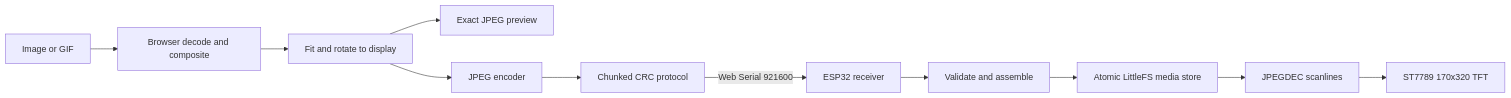
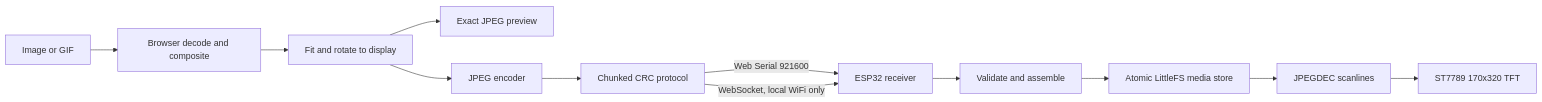
One commit to krooldonutz/cyberclip changed the diagram in ARCHITECTURE.md. Above: the diagram before and after it, drawn with Mermaid. The commit also changed other lines of this file and 15 other files, not shown here.

````diff
--- a/ARCHITECTURE.md
+++ b/ARCHITECTURE.md
@@ -12,13 +12,14 @@
 ```mermaid
 flowchart LR
     File[Image or GIF] --> Decode[Browser decode and composite]
     Decode --> Fit[Fit and rotate to display]
     Fit --> Preview[Exact JPEG preview]
     Fit --> JPEG[JPEG encoder]
     JPEG --> Protocol[Chunked CRC protocol]
     Protocol -->|Web Serial 921600| ESP[ESP32 receiver]
+    Protocol -->|WebSocket, local WiFi only| ESP
     ESP --> Validate[Validate and assemble]
     Validate --> Store[Atomic LittleFS media store]
     Store --> JDEC[JPEGDEC scanlines]
     JDEC --> TFT[ST7789 170x320 TFT]
 ```
````
